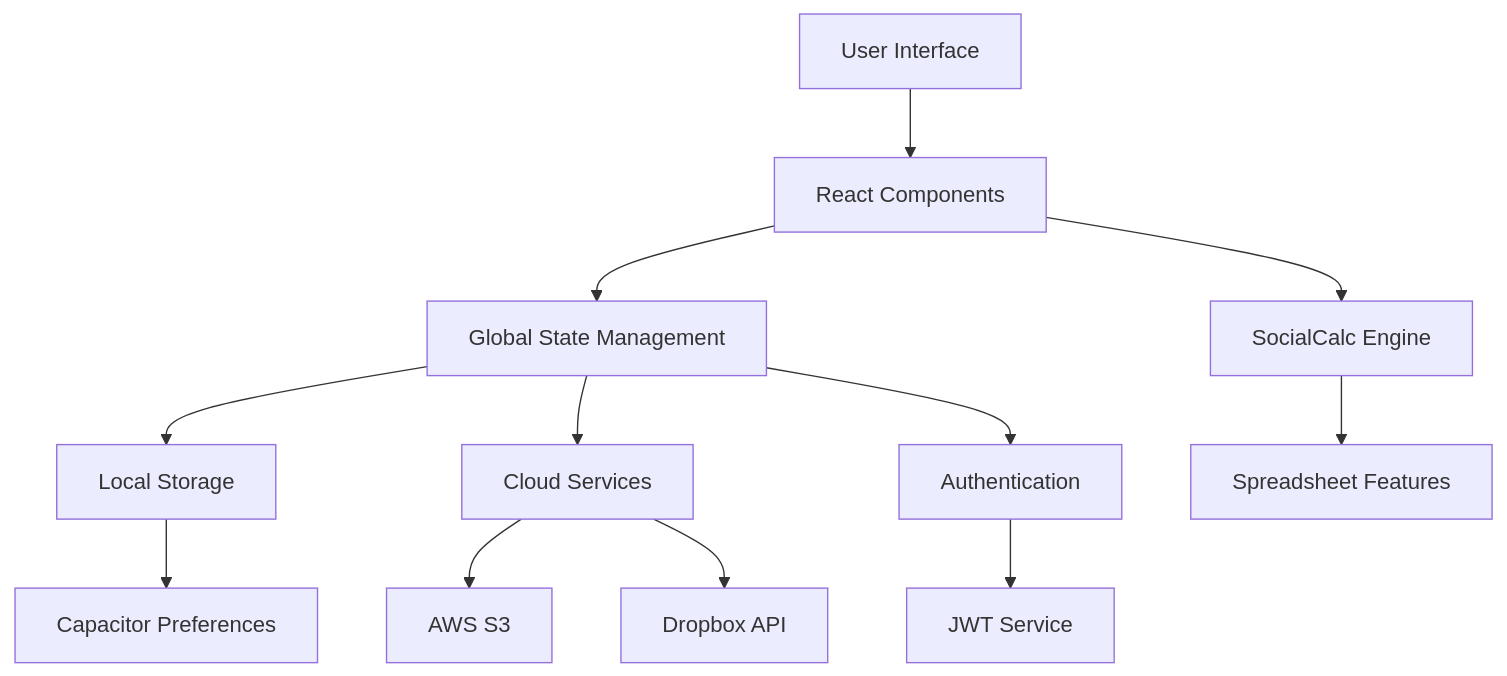
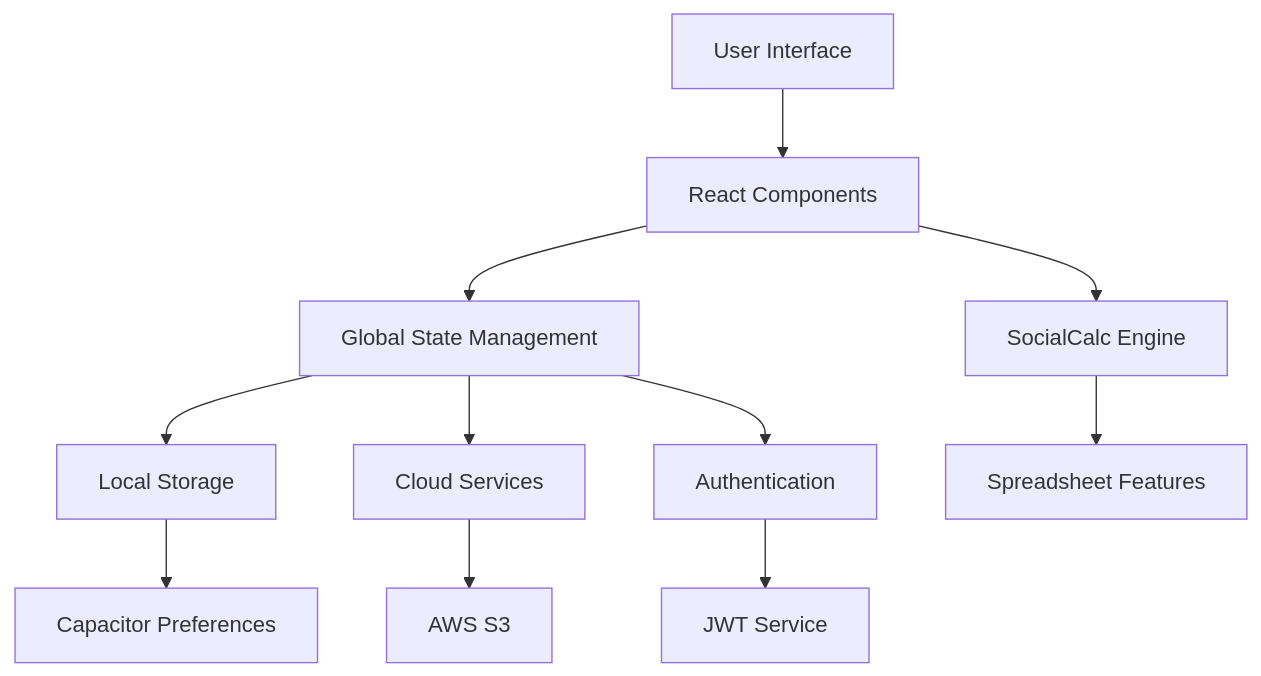
One commit to DhruvArvindSingh/Govt-billing-solution-MVP changed the diagram in README.md. Above: the diagram before and after it, drawn with Mermaid. The commit also changed other lines of this file and 6 other files, not shown here.

````diff
--- a/README.md
+++ b/README.md
@@ -217,16 +215,15 @@
 ```mermaid
 graph TB
     A[User Interface] --> B[React Components]
     B --> C[Global State Management]
     C --> D[Local Storage]
     C --> E[Cloud Services]
     C --> F[Authentication]
     
     D --> G[Capacitor Preferences]
     E --> H[AWS S3]
-    E --> I[Dropbox API]
     F --> J[JWT Service]
     
     B --> K[SocialCalc Engine]
     K --> L[Spreadsheet Features]
 ```
````
